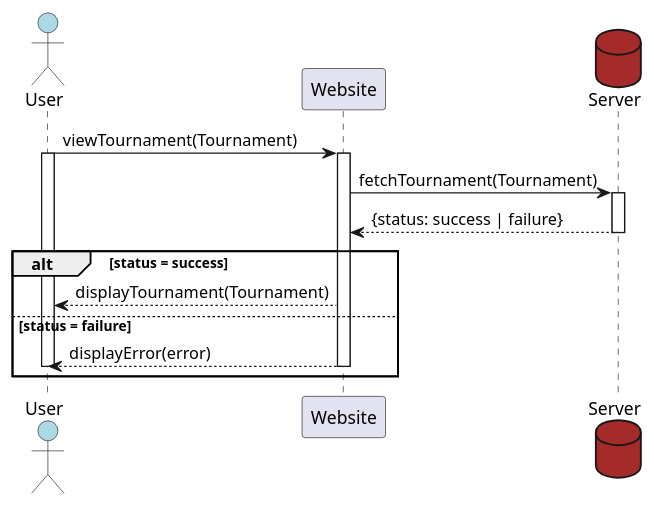
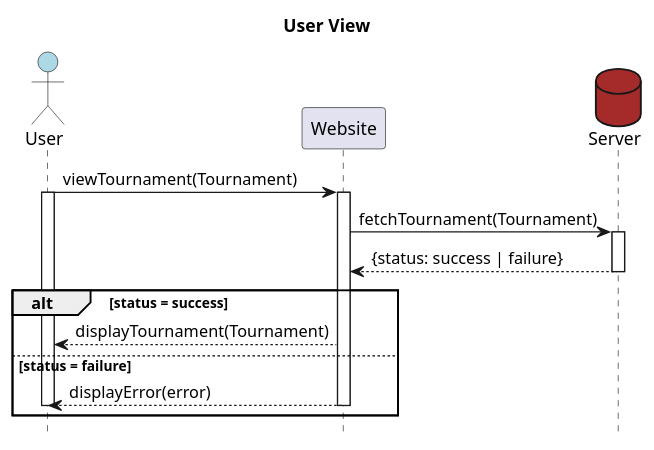
One commit to felixalbrigtsen/asura-tmdb changed the diagram in documentation/sequenceDiagramUser.puml. Above: the diagram before and after it, drawn with PlantUML.

Commit message:
added title and removed footer

```diff
--- a/documentation/sequenceDiagramUser.puml
+++ b/documentation/sequenceDiagramUser.puml
@@ -1,22 +1,23 @@
 @startuml User View
+title User View
 actor User #LightBlue
 participant Website
 database Server #Brown
-
+hide footbox
 
 User->Website: viewTournament(Tournament)
 activate User
 activate Website
 Website->Server: fetchTournament(Tournament)
 activate Server
 Server-->Website: {status: success | failure}
 deactivate Server
 alt status = success
 Website-->User: displayTournament(Tournament)
 else status = failure 
 Website-->User: displayError(error)
 deactivate User
 deactivate Website
 end
 
 @enduml
```
